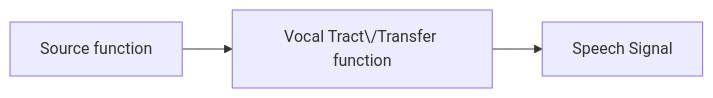
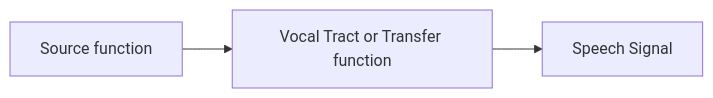
One commit to popo0293/EEM214A-lecture-notes changed the diagram in chapter1.md. Above: the diagram before and after it, drawn with Mermaid. The commit also changed other lines of this file, not shown here.

````diff
--- a/chapter1.md
+++ b/chapter1.md
@@ -11,5 +11,5 @@
 ```mermaid
 graph LR
-A[Source function] -->B[Vocal Tract\/Transfer function] 
+A[Source function] -->B[Vocal Tract or Transfer function] 
     B --> C[Speech Signal]
 ```
````
